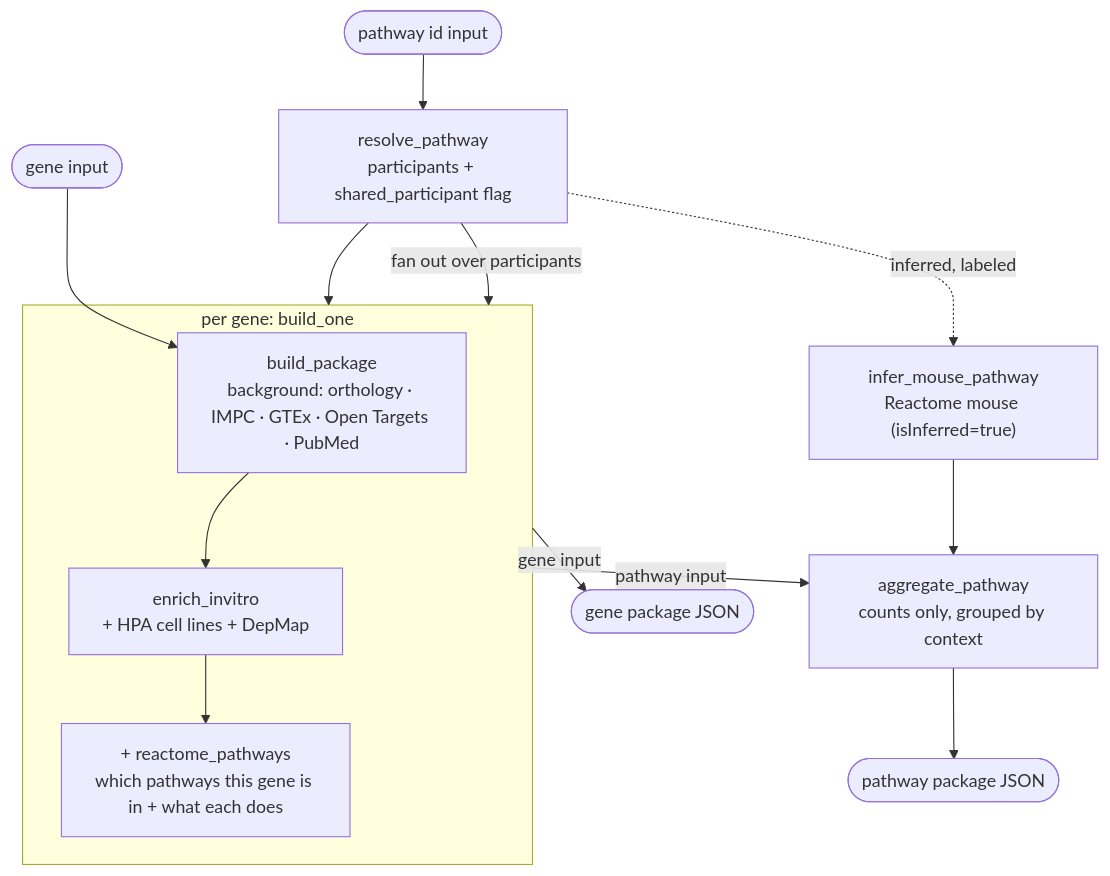
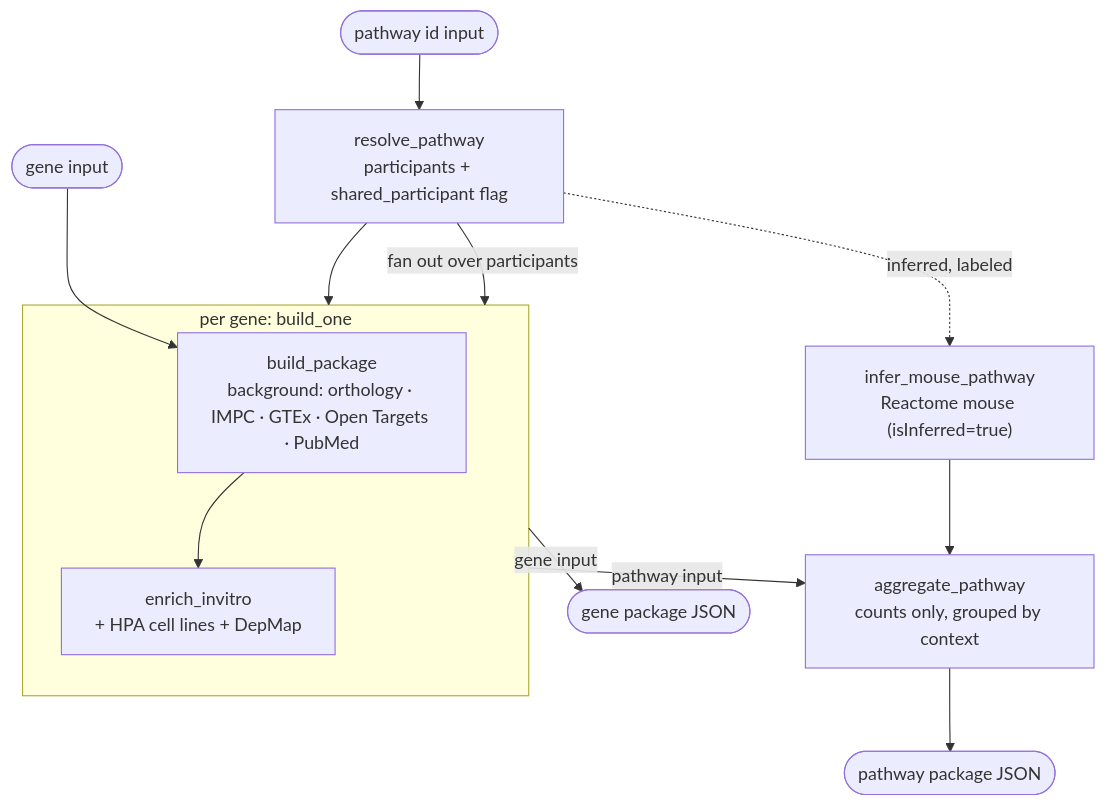
The first of 2 diagrams in data_pipeline/PIPELINE.md (minojWittgen/boston-comp-bio-hack), drawn with Mermaid before and after one commit. The commit also changed other lines of this file and 7 other files, not shown here.

````diff
--- a/data_pipeline/PIPELINE.md
+++ b/data_pipeline/PIPELINE.md
@@ -19,19 +16,18 @@
 ```mermaid
 flowchart TD
     G([gene input]) --> ONE
     RID([pathway id input]) --> RES["resolve_pathway<br/>participants + shared_participant flag"]
     RES --> FAN
 
     subgraph FAN ["per gene: build_one"]
         ONE["build_package<br/>background: orthology · IMPC · GTEx · Open Targets · PubMed"]
         ONE --> IV["enrich_invitro<br/>+ HPA cell lines + DepMap"]
-        IV --> MEM["+ reactome_pathways<br/>which pathways this gene is in + what each does"]
     end
 
     RES -->|fan out over participants| FAN
     FAN -->|gene input| GPKG([gene package JSON])
     FAN -->|pathway input| AGG["aggregate_pathway<br/>counts only, grouped by context"]
     RES -.->|inferred, labeled| MOUSE["infer_mouse_pathway<br/>Reactome mouse (isInferred=true)"]
     MOUSE --> AGG
     AGG --> PPKG([pathway package JSON])
 ```
````
